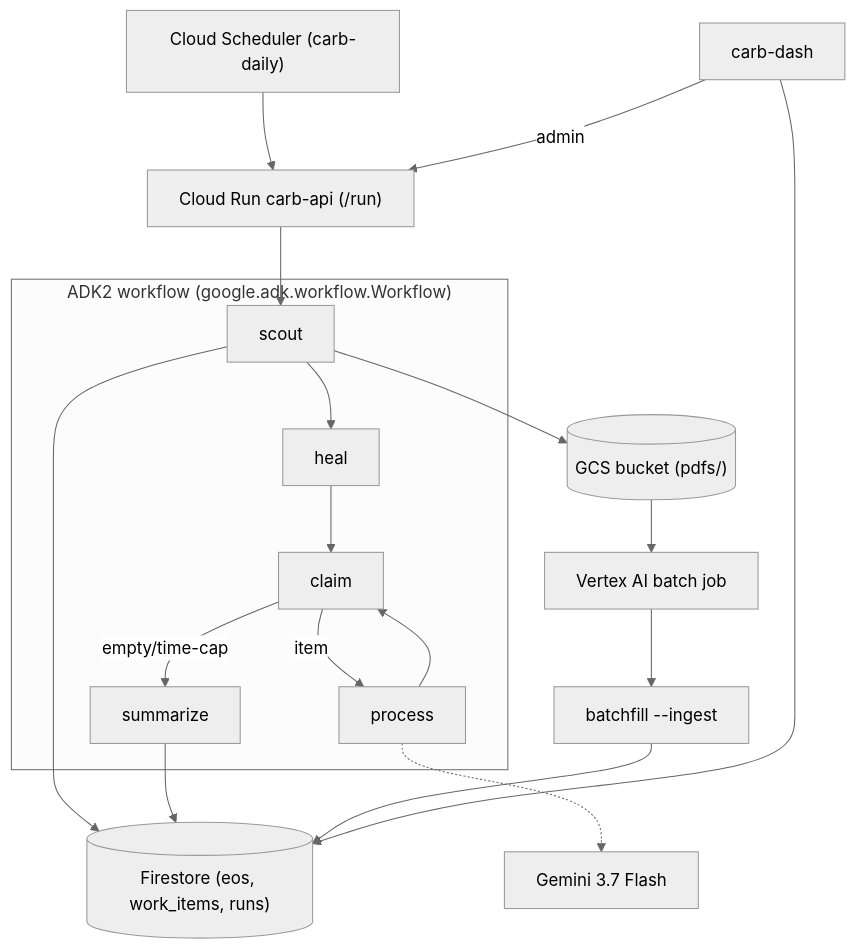
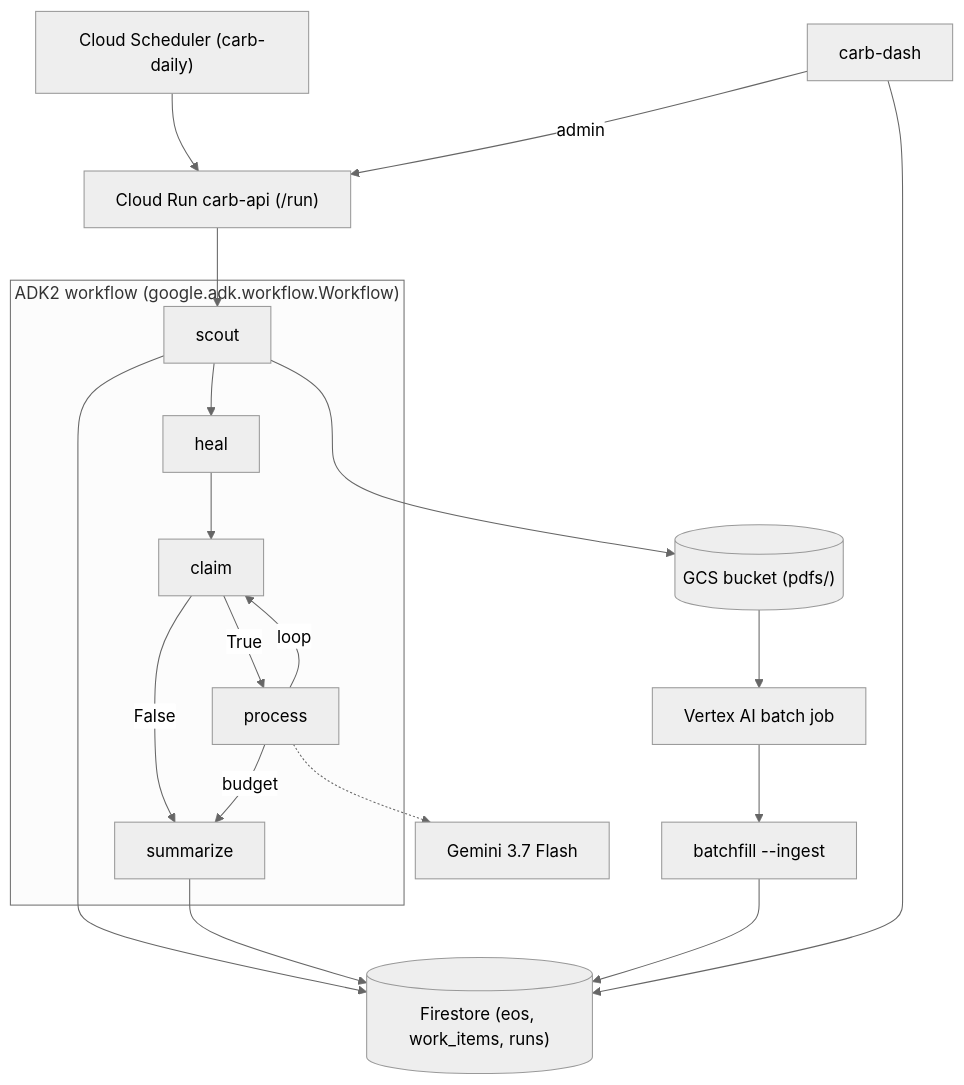
One commit to bunger78/hackathon-carb-eo-pipeline changed the diagram in README.md. Above: the diagram before and after it, drawn with Mermaid (neutral theme). The commit also changed other lines of this file and 1 other file, not shown here.

````diff
--- a/README.md
+++ b/README.md
@@ -17,35 +17,40 @@
 ```mermaid
 flowchart TD
-  %% AUTO-GENERATED ADK2 subgraph -- regenerate via pipeline/tools/generate_diagram.py
+  %% AUTO-GENERATED -- do not hand-edit the ADK2 subgraph below.
+  %% Regenerate: $env:PYTHONPATH='.'; py -3 tools/generate_diagram.py
+
   scheduler["Cloud Scheduler (carb-daily)"]
   api["Cloud Run carb-api (/run)"]
   firestore[("Firestore (eos, work_items, runs)")]
   gcs[("GCS bucket (pdfs/)")]
   gemini["Gemini 3.7 Flash"]
   vertex["Vertex AI batch job"]
   batchfill["batchfill --ingest"]
   dash["carb-dash"]
+
   scheduler --> api
   api --> wf_scout
   wf_scout --> firestore
   wf_scout --> gcs
   wf_process -.-> gemini
   wf_summarize --> firestore
   gcs --> vertex
   vertex --> batchfill
   batchfill --> firestore
   dash --> firestore
   dash -- "admin" --> api
+
   subgraph ADK2["ADK2 workflow (google.adk.workflow.Workflow)"]
     wf_scout["scout"]
     wf_heal["heal"]
     wf_claim["claim"]
     wf_process["process"]
     wf_summarize["summarize"]
     wf_scout --> wf_heal
     wf_heal --> wf_claim
-    wf_claim -- "item" --> wf_process
-    wf_claim -- "empty/time-cap" --> wf_summarize
-    wf_process --> wf_claim
+    wf_claim -- "True" --> wf_process
+    wf_claim -- "False" --> wf_summarize
+    wf_process -- "loop" --> wf_claim
+    wf_process -- "budget" --> wf_summarize
   end
 ```
````
